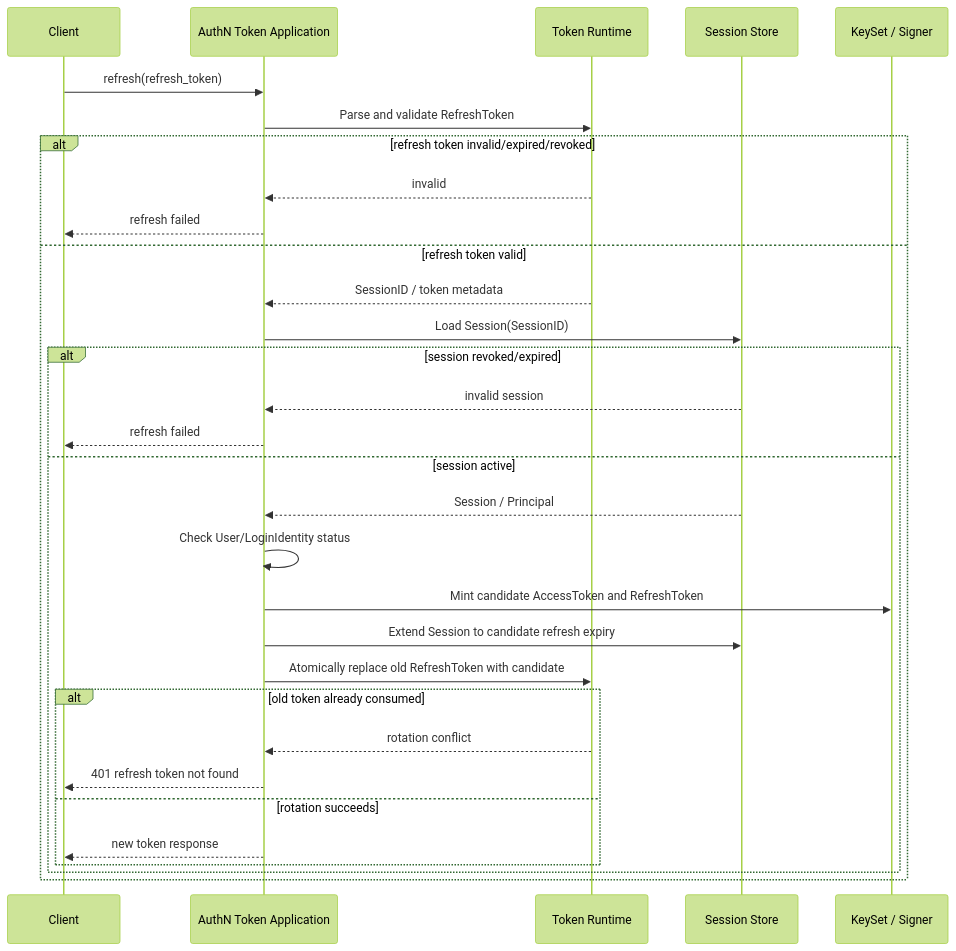
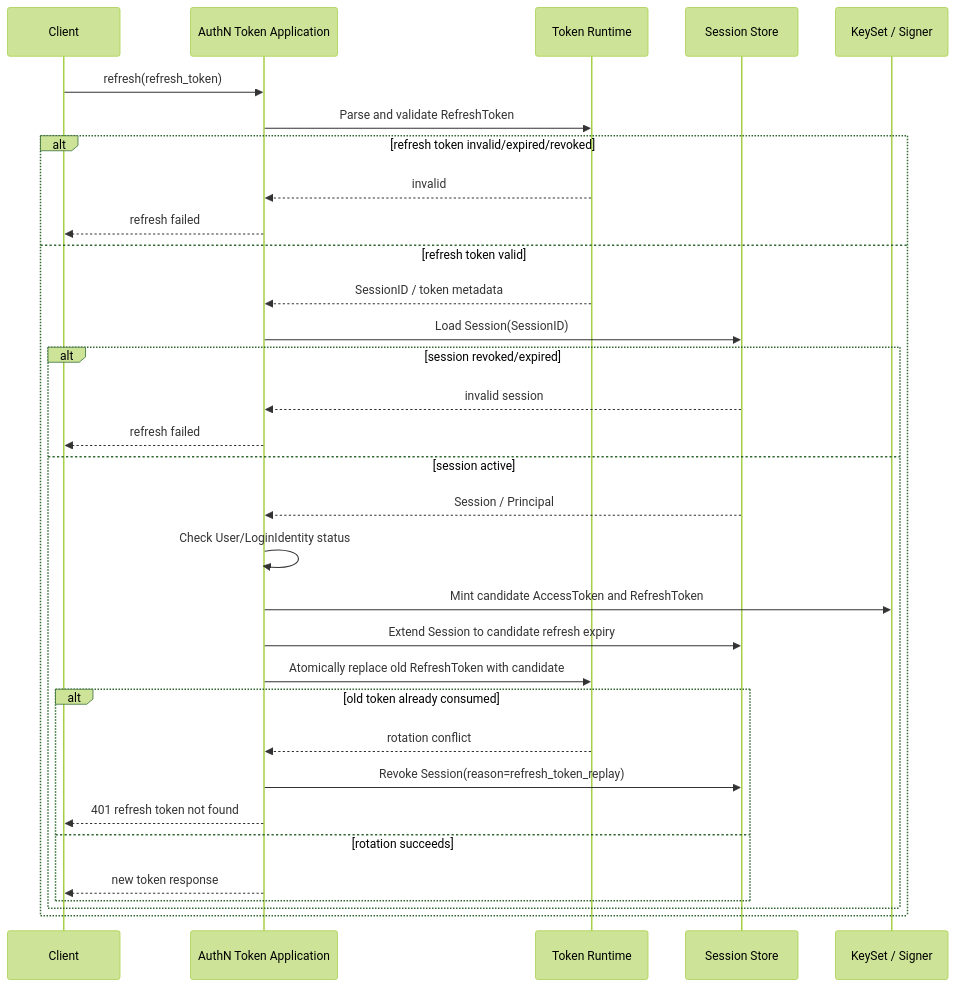
The fourth of 9 diagrams in docs/02-业务模块/02-AuthN/05-关键链路-Token签发刷新吊销.md (FangcunMount/iam), drawn with Mermaid (forest theme) before and after one commit. The commit also changed other lines of this file and 81 other files, not shown here.

````diff
--- a/docs/02-业务模块/02-AuthN/05-关键链路-Token签发刷新吊销.md
+++ b/docs/02-业务模块/02-AuthN/05-关键链路-Token签发刷新吊销.md
@@ -344,34 +344,35 @@
 ```mermaid
 sequenceDiagram
     participant C as Client
     participant A as AuthN Token Application
     participant TR as Token Runtime
     participant SS as Session Store
     participant KS as KeySet / Signer
 
     C->>A: refresh(refresh_token)
     A->>TR: Parse and validate RefreshToken
     alt refresh token invalid/expired/revoked
         TR-->>A: invalid
         A-->>C: refresh failed
     else refresh token valid
         TR-->>A: SessionID / token metadata
         A->>SS: Load Session(SessionID)
         alt session revoked/expired
             SS-->>A: invalid session
             A-->>C: refresh failed
         else session active
             SS-->>A: Session / Principal
             A->>A: Check User/LoginIdentity status
             A->>KS: Mint candidate AccessToken and RefreshToken
             A->>SS: Extend Session to candidate refresh expiry
             A->>TR: Atomically replace old RefreshToken with candidate
             alt old token already consumed
                 TR-->>A: rotation conflict
+                A->>SS: Revoke Session(reason=refresh_token_replay)
                 A-->>C: 401 refresh token not found
             else rotation succeeds
                 A-->>C: new token response
             end
         end
     end
 ```
````
